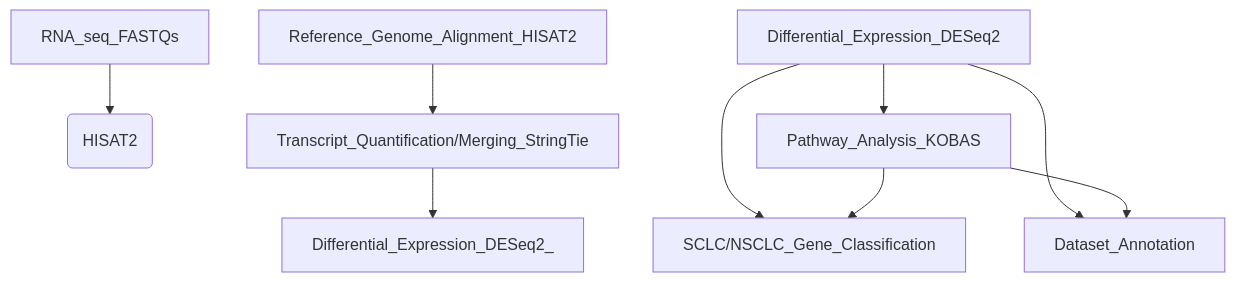
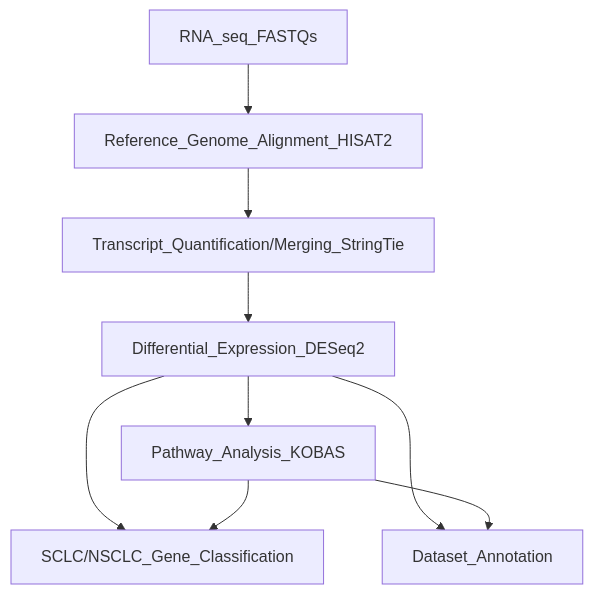
Before and after one commit to aharia22/Novel-Biomarker-Prediction-for-Lung-Cancer: the second of 2 diagrams in README.md, drawn with Mermaid.

````diff
--- a/README.md
+++ b/README.md
@@ -33,11 +33,11 @@
 ```mermaid
 graph TD;
-    RNA_seq_FASTQs-->Reference_Genome_Alignment(HISAT2);
+    RNA_seq_FASTQs-->Reference_Genome_Alignment_HISAT2;
     Reference_Genome_Alignment_HISAT2-->Transcript_Quantification/Merging_StringTie;
-    Transcript_Quantification/Merging_StringTie-->Differential_Expression_DESeq2_;
+    Transcript_Quantification/Merging_StringTie-->Differential_Expression_DESeq2;
     Differential_Expression_DESeq2-->Pathway_Analysis_KOBAS;
     Differential_Expression_DESeq2-->SCLC/NSCLC_Gene_Classification;
     Pathway_Analysis_KOBAS-->SCLC/NSCLC_Gene_Classification;
     Differential_Expression_DESeq2-->Dataset_Annotation;
     Pathway_Analysis_KOBAS-->Dataset_Annotation;
 ```
````
